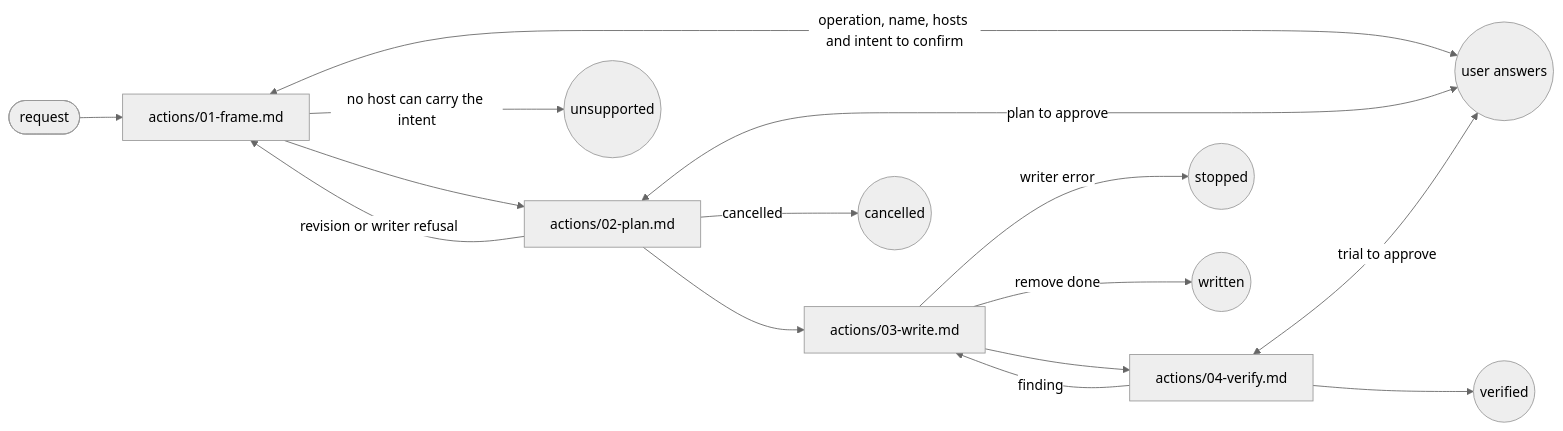
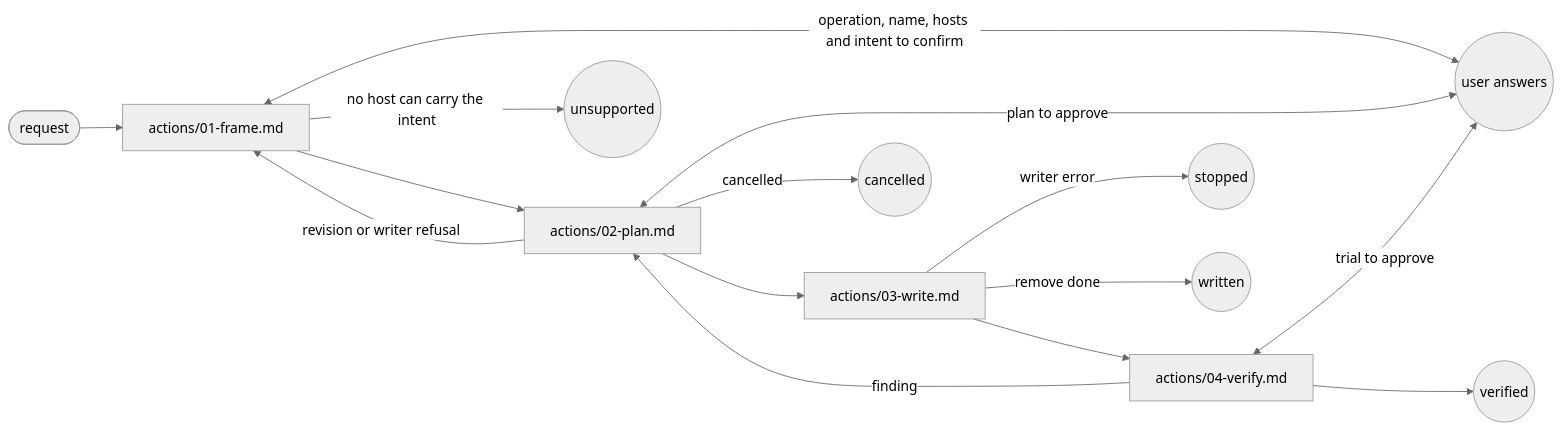
One commit to ai-driven-dev/framework changed the diagram in plugins/aidd-context/skills/08-hook-generate/SKILL.md. Above: the diagram before and after it, drawn with Mermaid (neutral theme). The commit also changed other lines of this file and 6 other files, not shown here.

````diff
--- a/plugins/aidd-context/skills/08-hook-generate/SKILL.md
+++ b/plugins/aidd-context/skills/08-hook-generate/SKILL.md
@@ -9,17 +9,17 @@
 ```mermaid
 flowchart LR
   entry([request]) --> frame["actions/01-frame.md"]
   frame <-->|"operation, name, hosts and intent to confirm"| user((user answers))
   frame -->|"no host can carry the intent"| unsupported((unsupported))
   frame --> plan["actions/02-plan.md"]
   plan <-->|"plan to approve"| user
   plan -->|"revision or writer refusal"| frame
   plan -->|"cancelled"| cancelled((cancelled))
   plan --> write["actions/03-write.md"]
   write -->|"writer error"| stopped((stopped))
   write -->|"remove done"| done((written))
   write --> verify["actions/04-verify.md"]
-  verify -->|"finding"| write
+  verify -->|"finding"| plan
   verify <-->|"trial to approve"| user
   verify --> verified((verified))
 ```
````
